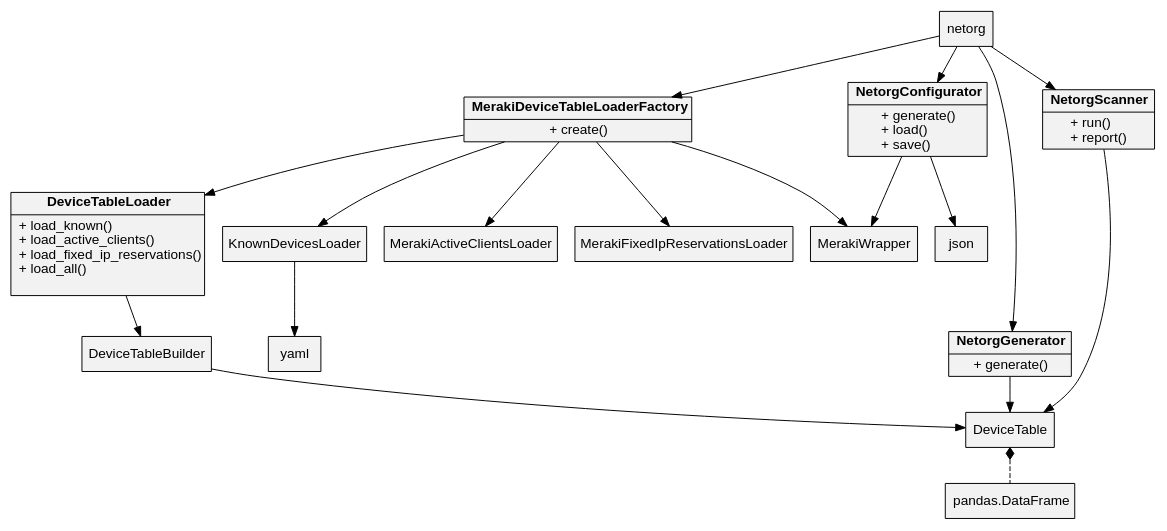
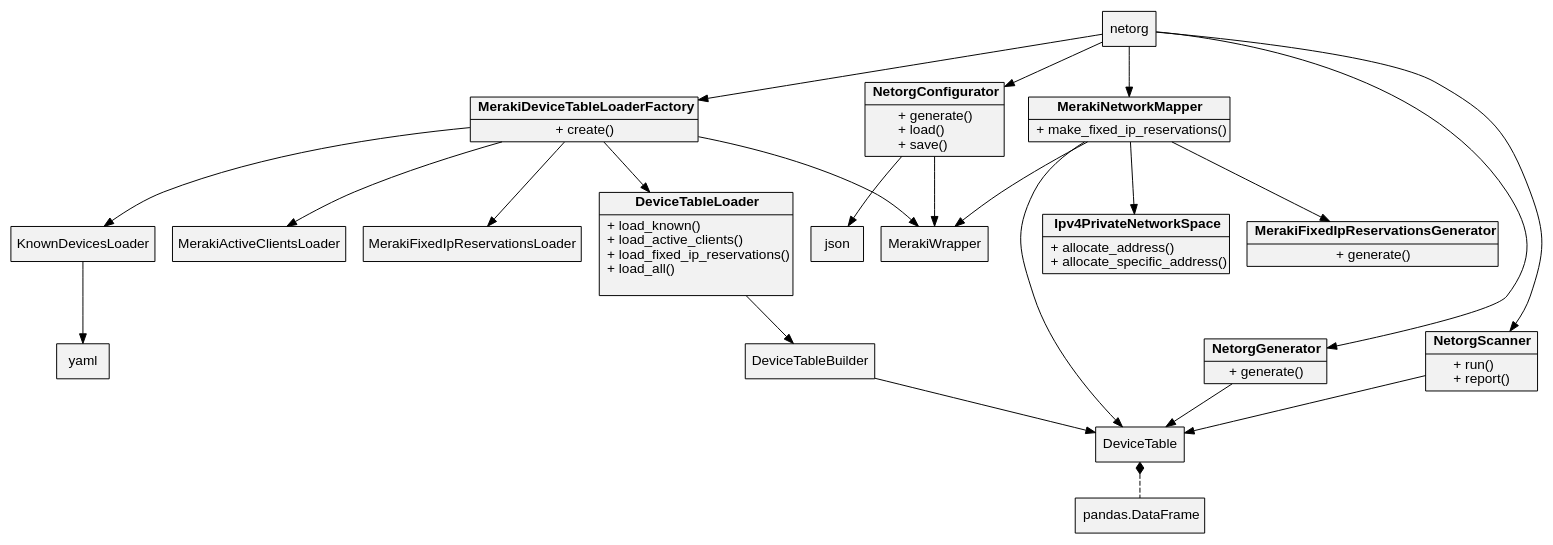
Before and after one commit to jasondchambers/netorganizer: the diagram in netorg.dot, drawn with Graphviz. The commit also changed 2 other files, not shown here.

```diff
--- a/netorg.dot
+++ b/netorg.dot
@@ -1,43 +1,56 @@
 digraph netorg_structure {
 
     node [
 		fontname="Helvetica,Arial,sans-serif"
 		shape=record
 		style=filled
 		fillcolor=gray95
 	]
-    netorg -> { MerakiDeviceTableLoaderFactory NetorgConfigurator NetorgGenerator NetorgScanner }
+    netorg -> { MerakiDeviceTableLoaderFactory NetorgConfigurator NetorgGenerator NetorgScanner MerakiNetworkMapper }
     MerakiDeviceTableLoaderFactory -> { DeviceTableLoader KnownDevicesLoader MerakiActiveClientsLoader MerakiFixedIpReservationsLoader MerakiWrapper}
+    MerakiNetworkMapper -> { DeviceTable Ipv4PrivateNetworkSpace MerakiFixedIpReservationsGenerator MerakiWrapper }
     NetorgConfigurator -> { MerakiWrapper json }
     NetorgGenerator -> { DeviceTable }
     NetorgScanner -> { DeviceTable }
     KnownDevicesLoader -> { yaml }
     DeviceTableLoader -> { DeviceTableBuilder }
     DeviceTableBuilder -> { DeviceTable }
     edge [dir=back arrowtail=diamond style=dashed]
     DeviceTable -> { DataFrame }
+
+    MerakiFixedIpReservationsGenerator [
+        label = <{<b>MerakiFixedIpReservationsGenerator</b> | + generate()<br align="left"/>}>
+    ]
+
+    Ipv4PrivateNetworkSpace [
+        label = <{<b>Ipv4PrivateNetworkSpace</b> | + allocate_address()<br align="left"/>+ allocate_specific_address()<br align="left"/>}>
+    ]
 
     MerakiDeviceTableLoaderFactory [
         label = <{<b>MerakiDeviceTableLoaderFactory</b> | + create()<br align="left"/>}>
     ]
     
     NetorgConfigurator[
         label = <{<b>NetorgConfigurator</b> | + generate()<br align="left"/>+ load()<br align="left"/>+ save()<br align="left"/>}>
     ]
     
     NetorgGenerator[
         label = <{<b>NetorgGenerator</b> | + generate()<br align="left"/>}>
     ]
     
     NetorgScanner[
         label = <{<b>NetorgScanner</b> | + run()<br align="left"/>+ report()<br align="left"/>}>
     ]
     
+    MerakiNetworkMapper[
+        label = <{<b>MerakiNetworkMapper</b> | + make_fixed_ip_reservations()<br align="left"/>}>
+    ]
+
     DeviceTableLoader[
         label = <{<b>DeviceTableLoader</b> | + load_known()<br align="left"/>+ load_active_clients()<br align="left"/>+ load_fixed_ip_reservations()<br align="left"/>+ load_all()<br align="left"/>        }>
     ]
     
     DataFrame [
         label = <{pandas.DataFrame}>
     ]
 }
```
